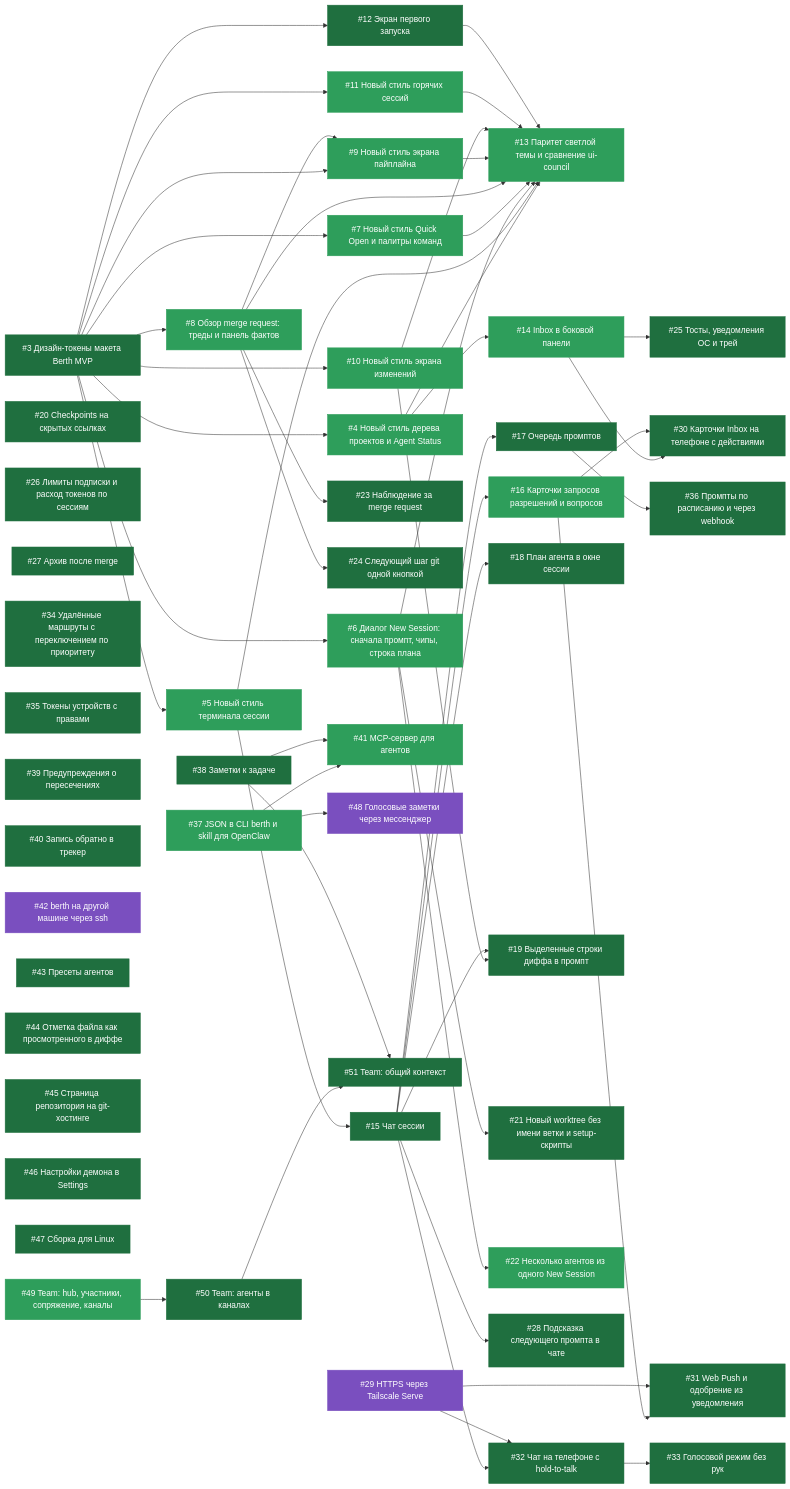
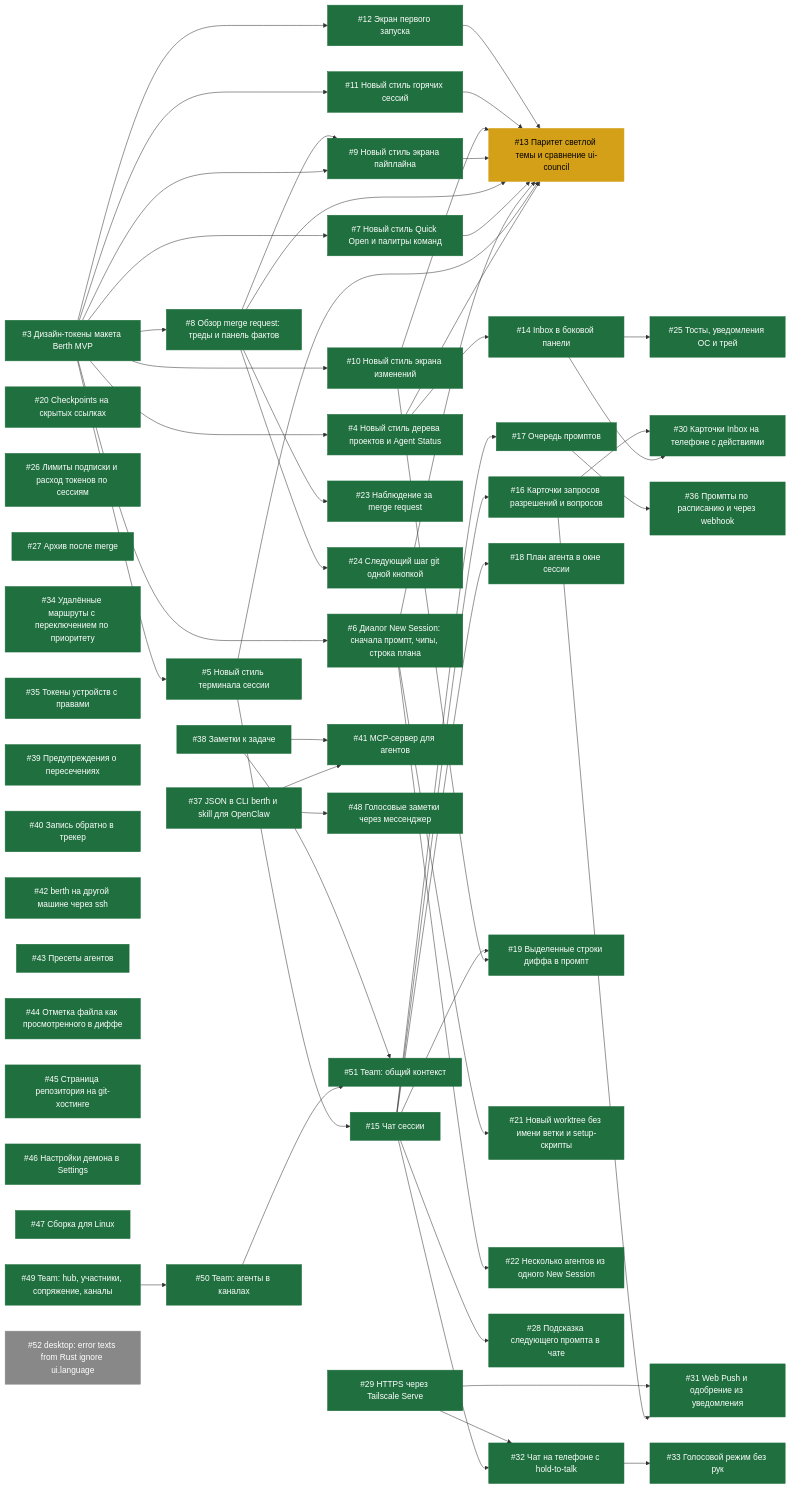
The diagram in STATUS.md (PetukhovArt/berth), drawn with Mermaid before and after one commit. The commit also changed other lines of this file, not shown here.

Commit message:
docs: STATUS graph after closing the finished issues

````diff
--- a/STATUS.md
+++ b/STATUS.md
@@ -9,26 +9,26 @@
 ```mermaid
 graph LR
   i3["#3 Дизайн-токены макета Berth MVP"]:::closed
-  i4["#4 Новый стиль дерева проектов и Agent Status"]:::done
+  i4["#4 Новый стиль дерева проектов и Agent Status"]:::closed
   i3 --> i4
-  i5["#5 Новый стиль терминала сессии"]:::done
+  i5["#5 Новый стиль терминала сессии"]:::closed
   i3 --> i5
-  i6["#6 Диалог New Session: сначала промпт, чипы, строка плана"]:::done
+  i6["#6 Диалог New Session: сначала промпт, чипы, строка плана"]:::closed
   i3 --> i6
-  i7["#7 Новый стиль Quick Open и палитры команд"]:::done
+  i7["#7 Новый стиль Quick Open и палитры команд"]:::closed
   i3 --> i7
-  i8["#8 Обзор merge request: треды и панель фактов"]:::done
+  i8["#8 Обзор merge request: треды и панель фактов"]:::closed
   i3 --> i8
-  i9["#9 Новый стиль экрана пайплайна"]:::done
+  i9["#9 Новый стиль экрана пайплайна"]:::closed
   i3 --> i9
   i8 --> i9
-  i10["#10 Новый стиль экрана изменений"]:::done
+  i10["#10 Новый стиль экрана изменений"]:::closed
   i3 --> i10
-  i11["#11 Новый стиль горячих сессий"]:::done
+  i11["#11 Новый стиль горячих сессий"]:::closed
   i3 --> i11
   i12["#12 Экран первого запуска"]:::closed
   i3 --> i12
-  i13["#13 Паритет светлой темы и сравнение ui-council"]:::done
+  i13["#13 Паритет светлой темы и сравнение ui-council"]:::partial
   i4 --> i13
   i5 --> i13
   i6 --> i13
@@ -38,11 +38,11 @@
   i10 --> i13
   i11 --> i13
   i12 --> i13
-  i14["#14 Inbox в боковой панели"]:::done
+  i14["#14 Inbox в боковой панели"]:::closed
   i4 --> i14
   i15["#15 Чат сессии"]:::closed
   i5 --> i15
-  i16["#16 Карточки запросов разрешений и вопросов"]:::done
+  i16["#16 Карточки запросов разрешений и вопросов"]:::closed
   i15 --> i16
   i17["#17 Очередь промптов"]:::closed
   i15 --> i17
@@ -54,7 +54,7 @@
   i20["#20 Checkpoints на скрытых ссылках"]:::closed
   i21["#21 Новый worktree без имени ветки и setup-скрипты"]:::closed
   i6 --> i21
-  i22["#22 Несколько агентов из одного New Session"]:::done
+  i22["#22 Несколько агентов из одного New Session"]:::closed
   i6 --> i22
   i23["#23 Наблюдение за merge request"]:::closed
   i8 --> i23
@@ -66,7 +66,7 @@
   i27["#27 Архив после merge"]:::closed
   i28["#28 Подсказка следующего промпта в чате"]:::closed
   i15 --> i28
-  i29["#29 HTTPS через Tailscale Serve"]:::parked
+  i29["#29 HTTPS через Tailscale Serve"]:::closed
   i30["#30 Карточки Inbox на телефоне с действиями"]:::closed
   i14 --> i30
   i16 --> i30
@@ -82,27 +82,28 @@
   i35["#35 Токены устройств с правами"]:::closed
   i36["#36 Промпты по расписанию и через webhook"]:::closed
   i17 --> i36
-  i37["#37 JSON в CLI berth и skill для OpenClaw"]:::done
+  i37["#37 JSON в CLI berth и skill для OpenClaw"]:::closed
   i38["#38 Заметки к задаче"]:::closed
   i39["#39 Предупреждения о пересечениях"]:::closed
   i40["#40 Запись обратно в трекер"]:::closed
-  i41["#41 MCP-сервер для агентов"]:::done
+  i41["#41 MCP-сервер для агентов"]:::closed
   i37 --> i41
   i38 --> i41
-  i42["#42 berth на другой машине через ssh"]:::parked
+  i42["#42 berth на другой машине через ssh"]:::closed
   i43["#43 Пресеты агентов"]:::closed
   i44["#44 Отметка файла как просмотренного в диффе"]:::closed
   i45["#45 Страница репозитория на git-хостинге"]:::closed
   i46["#46 Настройки демона в Settings"]:::closed
   i47["#47 Сборка для Linux"]:::closed
-  i48["#48 Голосовые заметки через мессенджер"]:::parked
+  i48["#48 Голосовые заметки через мессенджер"]:::closed
   i37 --> i48
-  i49["#49 Team: hub, участники, сопряжение, каналы"]:::done
+  i49["#49 Team: hub, участники, сопряжение, каналы"]:::closed
   i50["#50 Team: агенты в каналах"]:::closed
   i49 --> i50
   i51["#51 Team: общий контекст"]:::closed
   i50 --> i51
   i38 --> i51
+  i52["#52 desktop: error texts from Rust ignore ui.language"]:::todo
   classDef closed fill:#1f6f3f,color:#fff,stroke:#1f6f3f
   classDef done fill:#2e9e5b,color:#fff,stroke:#2e9e5b
   classDef partial fill:#d4a017,color:#000,stroke:#d4a017
````
